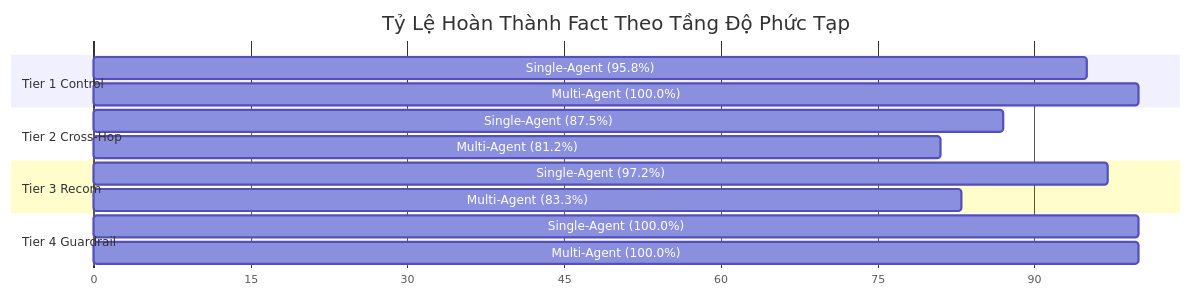
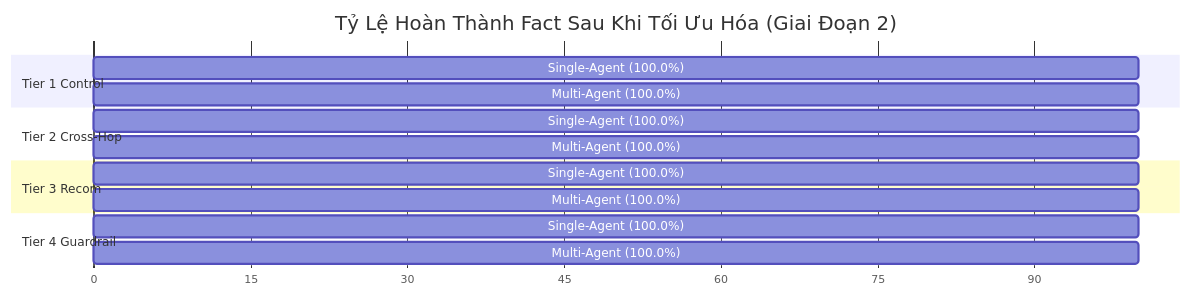
One commit to Thanh281105/multi-agent-system changed the first of 2 diagrams in docs/v4_exploratory_benchmark_results.md. Above: the diagram before and after it, drawn with Mermaid. The commit also changed other lines of this file and 3 other files, not shown here.

````diff
--- a/docs/v4_exploratory_benchmark_results.md
+++ b/docs/v4_exploratory_benchmark_results.md
@@ -47,18 +51,18 @@
 ```mermaid
 gantt
-    title Tỷ Lệ Hoàn Thành Fact Theo Tầng Độ Phức Tạp
+    title Tỷ Lệ Hoàn Thành Fact Sau Khi Tối Ưu Hóa (Giai Đoạn 2)
     dateFormat X
     axisFormat %s
     section Tier 1 Control
-    Single-Agent (95.8%) : 0, 95
-    Multi-Agent (100.0%) : 0, 100
+    Single-Agent (100.0%) : 0, 100
+    Multi-Agent (100.0%)  : 0, 100
     section Tier 2 Cross-Hop
-    Single-Agent (87.5%) : 0, 87
-    Multi-Agent (81.2%)  : 0, 81
+    Single-Agent (100.0%) : 0, 100
+    Multi-Agent (100.0%)  : 0, 100
     section Tier 3 Recom
-    Single-Agent (97.2%) : 0, 97
-    Multi-Agent (83.3%)  : 0, 83
+    Single-Agent (100.0%) : 0, 100
+    Multi-Agent (100.0%)  : 0, 100
     section Tier 4 Guardrail
-    Single-Agent (100.0%): 0, 100
-    Multi-Agent (100.0%) : 0, 100
+    Single-Agent (100.0%) : 0, 100
+    Multi-Agent (100.0%)  : 0, 100
 ```
````
